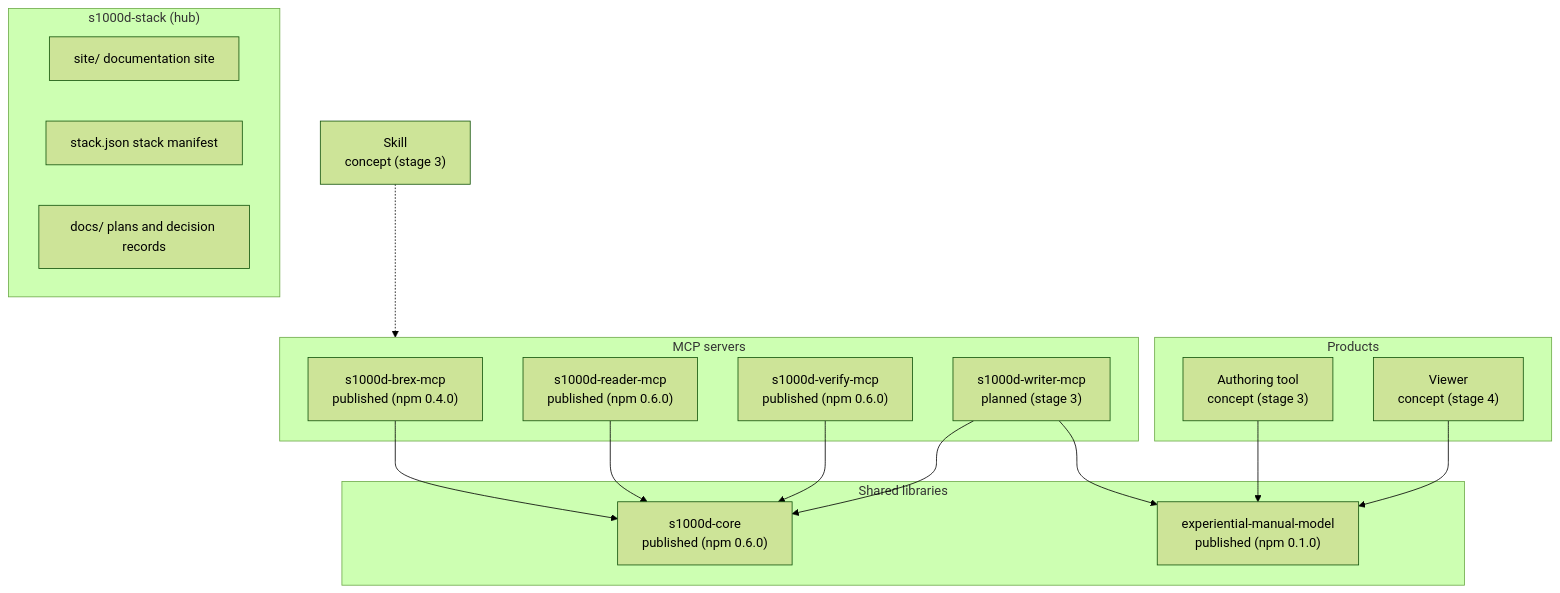
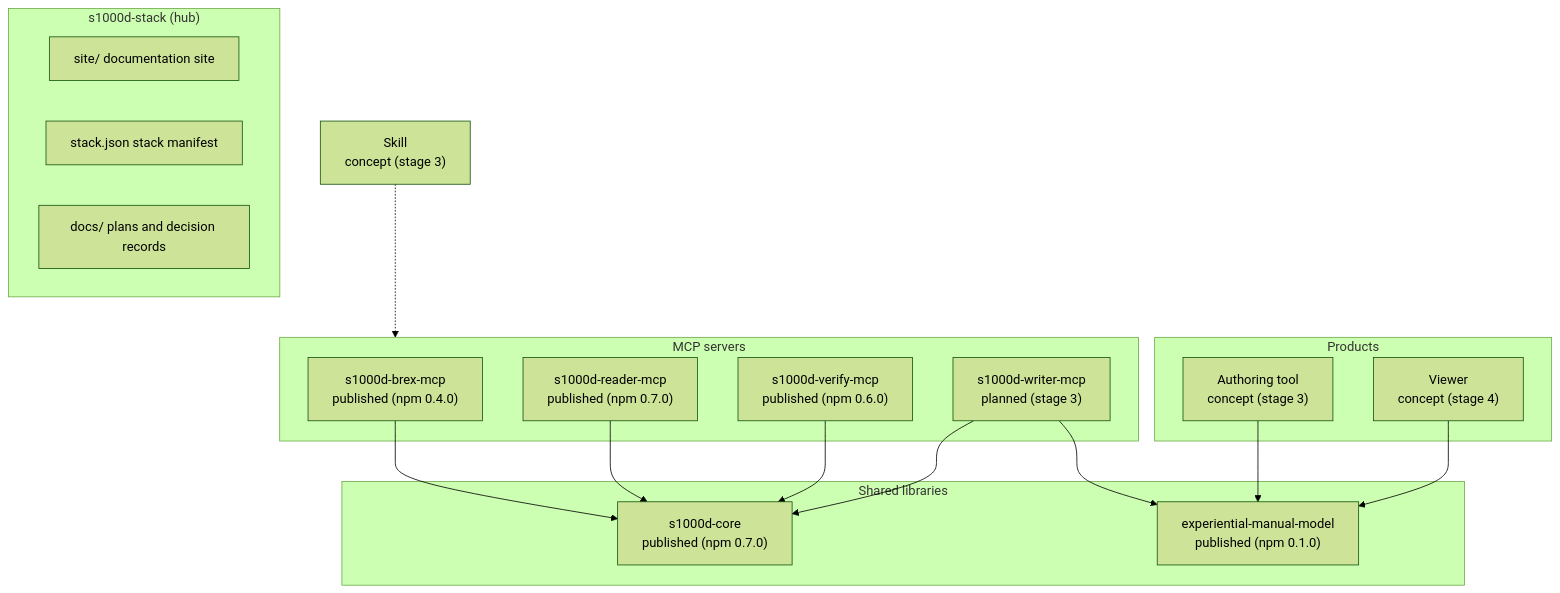
Before and after one commit to shuji-bonji/s1000d-stack: the diagram in site/src/content/docs/guide/architecture.md, drawn with Mermaid (forest theme). The commit also changed other lines of this file and 3 other files, not shown here.

First line of the commit message:
docs, site: 段階 2.5 の完了（core 0.7.0、reader-mcp 0.7.0 の公開）を記録し、版の表記を揃える

````diff
--- a/site/src/content/docs/guide/architecture.md
+++ b/site/src/content/docs/guide/architecture.md
@@ -10,31 +10,31 @@
 ```mermaid
 flowchart TB
   subgraph Hub["s1000d-stack (hub)"]
     SITE["site/ documentation site"]
     STACK["stack.json stack manifest"]
     DOCS["docs/ plans and decision records"]
   end
   subgraph Lib["Shared libraries"]
-    CORE["s1000d-core<br/>published (npm 0.6.0)"]
+    CORE["s1000d-core<br/>published (npm 0.7.0)"]
     MODEL["experiential-manual-model<br/>published (npm 0.1.0)"]
   end
   subgraph Mcp["MCP servers"]
     BREX["s1000d-brex-mcp<br/>published (npm 0.4.0)"]
-    R["s1000d-reader-mcp<br/>published (npm 0.6.0)"]
+    R["s1000d-reader-mcp<br/>published (npm 0.7.0)"]
     V["s1000d-verify-mcp<br/>published (npm 0.6.0)"]
     W["s1000d-writer-mcp<br/>planned (stage 3)"]
   end
   subgraph App["Products"]
     ED["Authoring tool<br/>concept (stage 3)"]
     VW["Viewer<br/>concept (stage 4)"]
   end
   SK["Skill<br/>concept (stage 3)"]
   BREX --> CORE
   R --> CORE
   V --> CORE
   W --> CORE
   W --> MODEL
   ED --> MODEL
   VW --> MODEL
   SK -.-> Mcp
 ```
````
